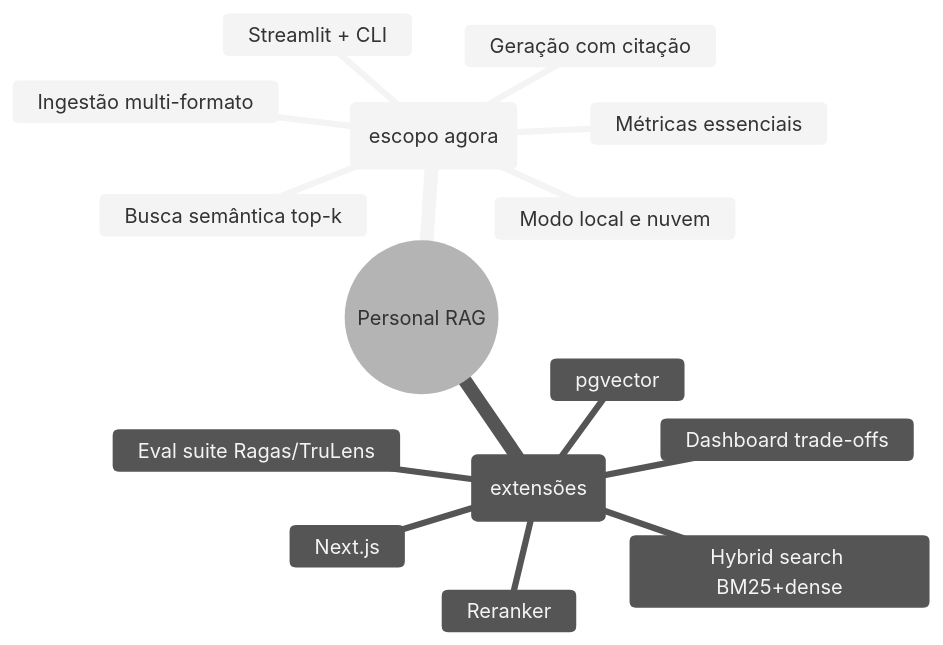
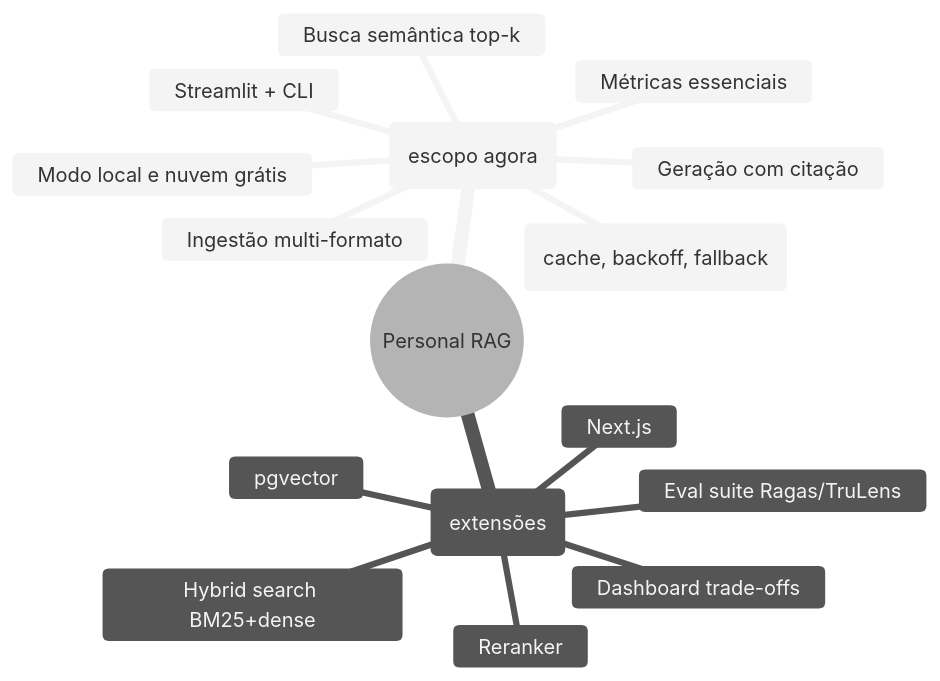
The tenth of 11 diagrams in 03_DIAGRAMAS_mermaid.md (mathfrancisco/Personal-RAG-Assistant), drawn with Mermaid (neutral theme) before and after one commit. The commit also changed other lines of this file and 1 other file, not shown here.

First line of the commit message:
docs: enrich diagrams (cache/quota/fallback) + detailed phase plan

````diff
--- a/03_DIAGRAMAS_mermaid.md
+++ b/03_DIAGRAMAS_mermaid.md
@@ -315,18 +381,19 @@
 ```mermaid
 mindmap
   root((Personal RAG))
     V1 (escopo agora)
       Ingestão multi-formato
       Busca semântica top-k
       Geração com citação
-      Modo local e nuvem
+      Modo local e nuvem grátis
+      Resiliência de quota (cache, backoff, fallback)
       Métricas essenciais
       Streamlit + CLI
     V2 (extensões)
       Hybrid search BM25+dense
       Reranker
       Eval suite Ragas/TruLens
       Dashboard trade-offs
       pgvector
       Next.js
 ```
````
